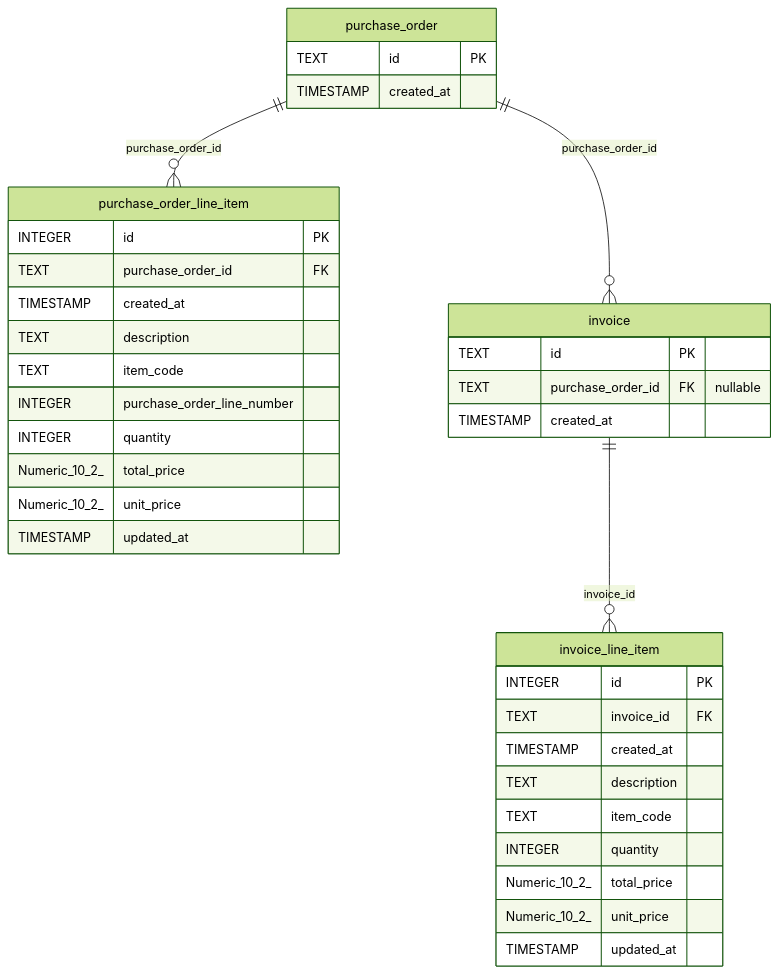
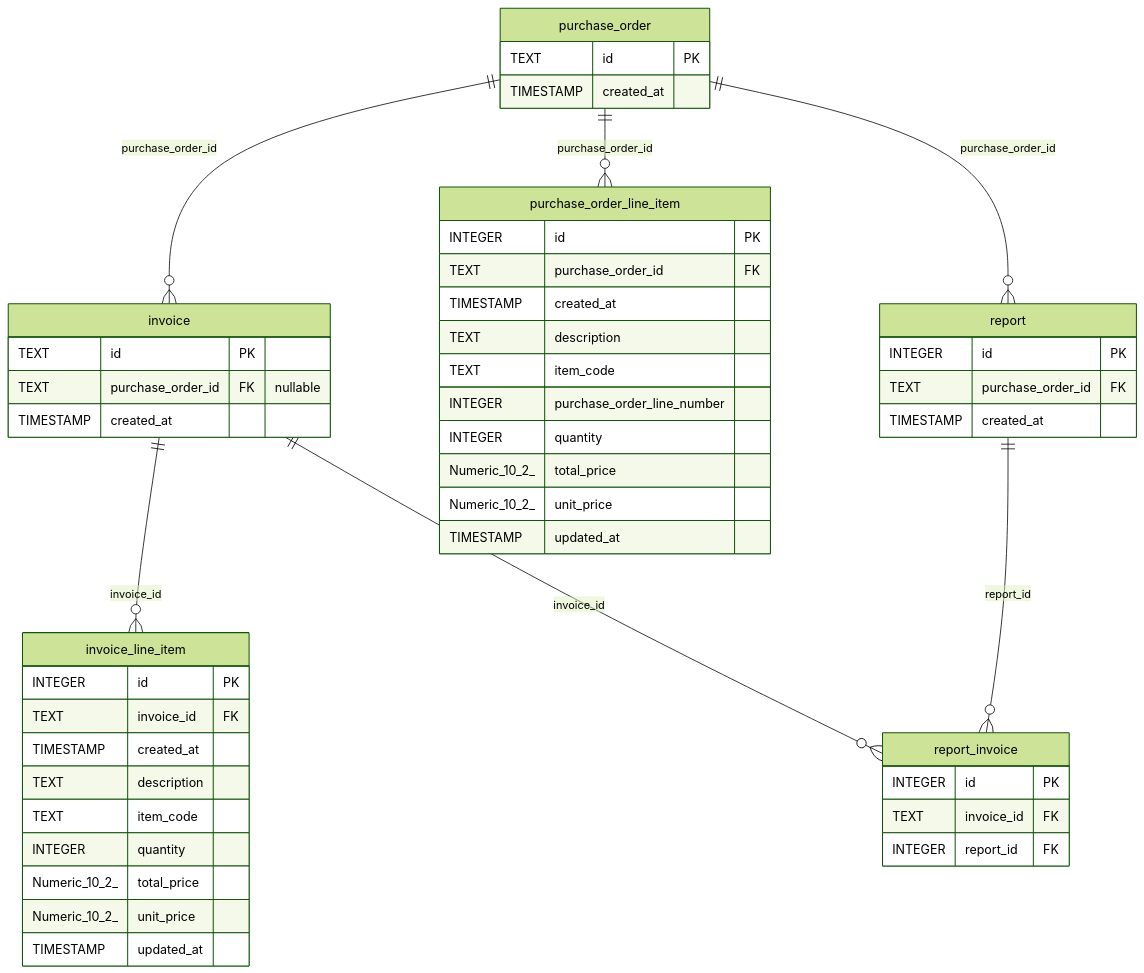
One commit to 0p3r4t0r/coding-challenge-file-ai changed the diagram in README.md. Above: the diagram before and after it, drawn with Mermaid (forest theme). The commit also changed 8 other files, not shown here.

````diff
--- a/README.md
+++ b/README.md
@@ -46,43 +46,58 @@
 ```mermaid
 erDiagram
+  invoice {
+    TEXT id PK
+    TEXT purchase_order_id FK "nullable"
+    TIMESTAMP created_at
+  }
+
+  invoice_line_item {
+    INTEGER id PK
+    TEXT invoice_id FK
+    TIMESTAMP created_at
+    TEXT description
+    TEXT item_code
+    INTEGER quantity
+    Numeric_10_2_ total_price
+    Numeric_10_2_ unit_price
+    TIMESTAMP updated_at
+  }
+
   purchase_order {
     TEXT id PK
     TIMESTAMP created_at
   }
 
   purchase_order_line_item {
     INTEGER id PK
     TEXT purchase_order_id FK
     TIMESTAMP created_at
     TEXT description
     TEXT item_code
     INTEGER purchase_order_line_number
     INTEGER quantity
     Numeric_10_2_ total_price
     Numeric_10_2_ unit_price
     TIMESTAMP updated_at
   }
 
-  invoice {
-    TEXT id PK
-    TEXT purchase_order_id FK "nullable"
+  report {
+    INTEGER id PK
+    TEXT purchase_order_id FK
     TIMESTAMP created_at
   }
 
-  invoice_line_item {
+  report_invoice {
     INTEGER id PK
     TEXT invoice_id FK
-    TIMESTAMP created_at
-    TEXT description
-    TEXT item_code
-    INTEGER quantity
-    Numeric_10_2_ total_price
-    Numeric_10_2_ unit_price
-    TIMESTAMP updated_at
+    INTEGER report_id FK
   }
 
-  purchase_order ||--o{ purchase_order_line_item : purchase_order_id
   purchase_order ||--o{ invoice : purchase_order_id
   invoice ||--o{ invoice_line_item : invoice_id
+  purchase_order ||--o{ purchase_order_line_item : purchase_order_id
+  purchase_order ||--o{ report : purchase_order_id
+  report ||--o{ report_invoice : report_id
+  invoice ||--o{ report_invoice : invoice_id
 
 ```
````
